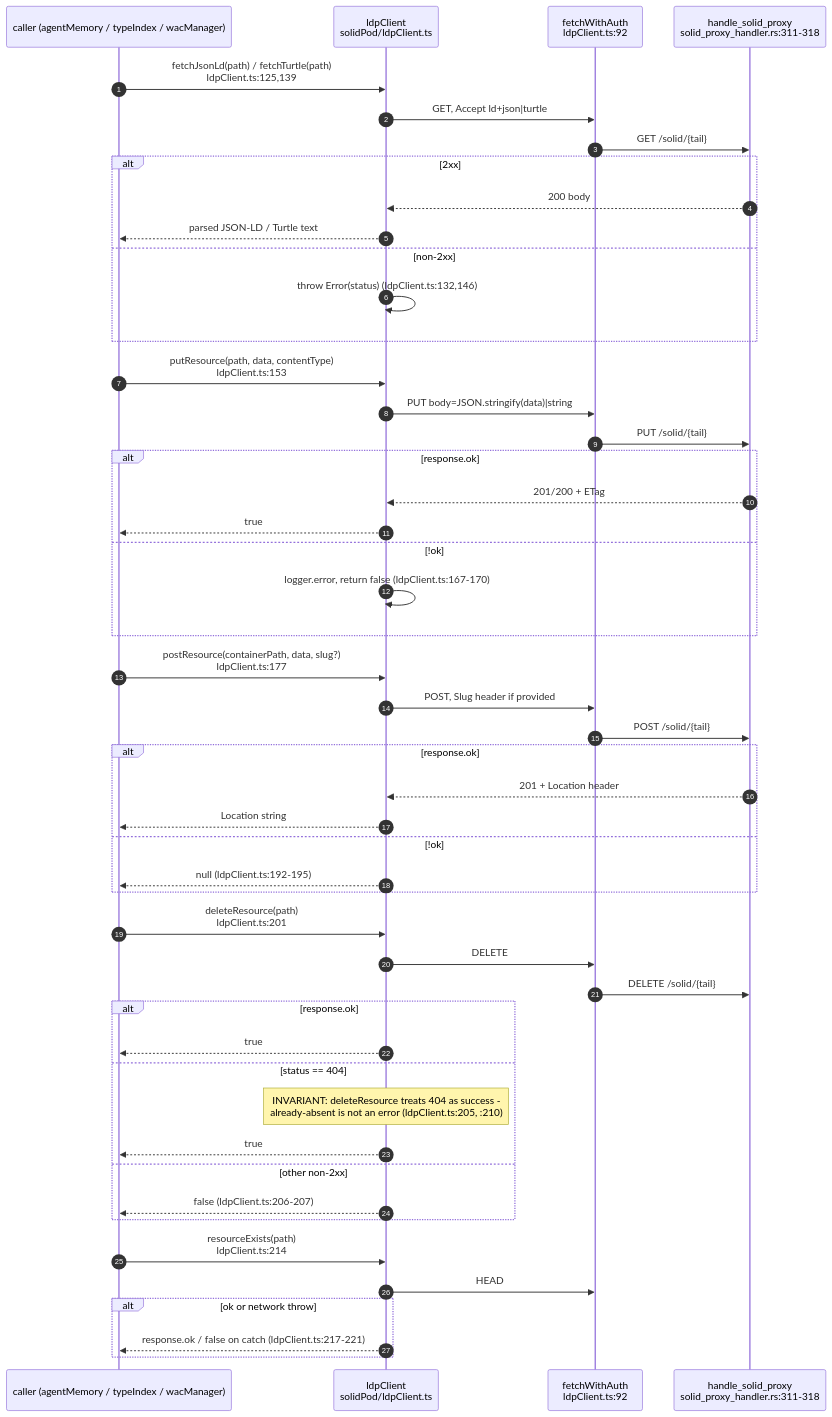
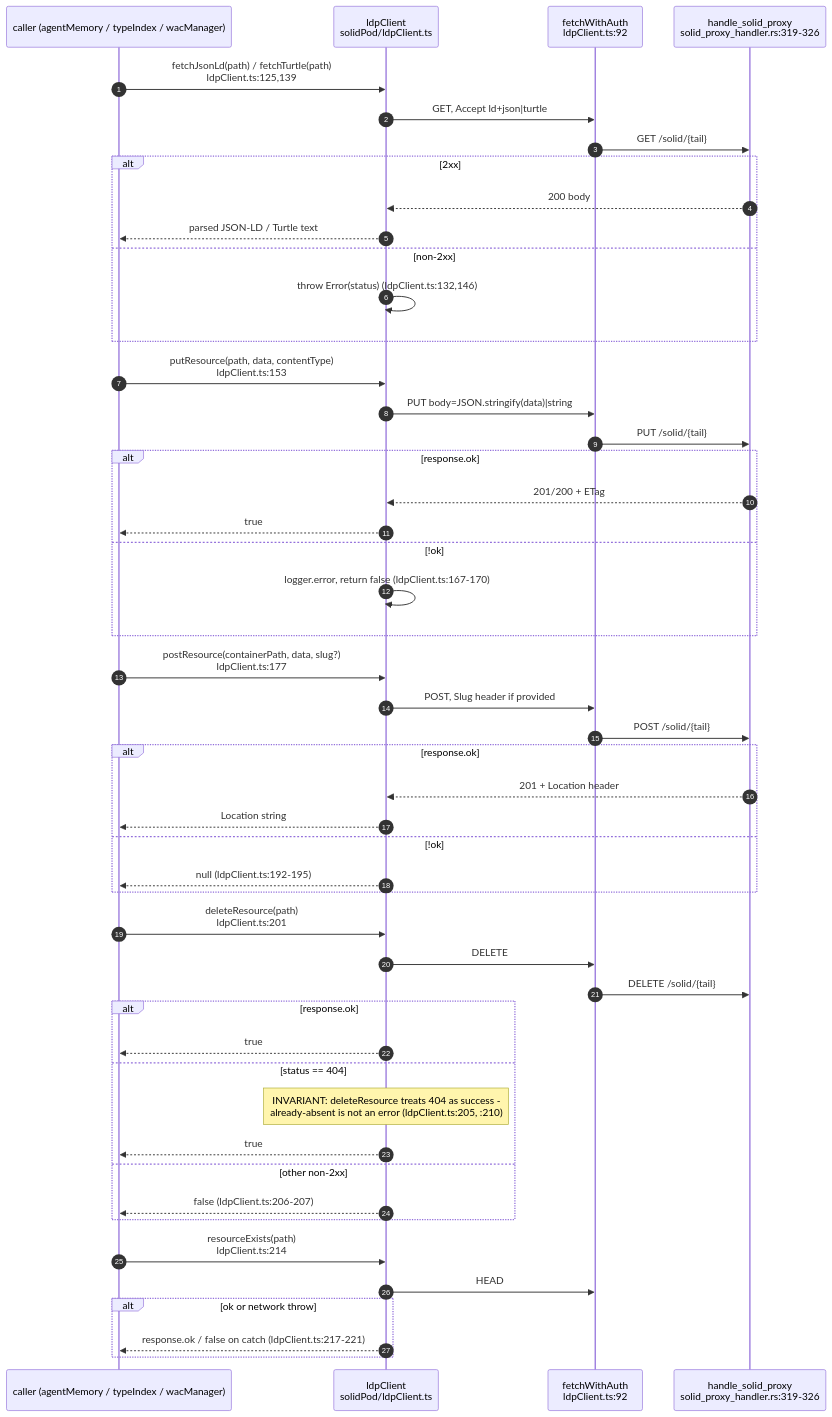
Before and after one commit to DreamLab-AI/VisionFlow: the fifth of 13 diagrams in docs/diagrams/visionclaw/26-solid-pod-and-jss.md, drawn with Mermaid. The commit also changed other lines of this file and 7 other files, not shown here.

First line of the commit message:
diagrams(visionclaw): re-verify VC-25..28 and VC-30..33 at visionclaw 4900ec60b, agentbox 59b1aca1c

````diff
--- a/docs/diagrams/visionclaw/26-solid-pod-and-jss.md
+++ b/docs/diagrams/visionclaw/26-solid-pod-and-jss.md
@@ -228,56 +233,56 @@
 ```mermaid
 sequenceDiagram
     autonumber
     participant App as caller (agentMemory / typeIndex / wacManager)
     participant L as ldpClient<br/>solidPod/ldpClient.ts
     participant F as fetchWithAuth<br/>ldpClient.ts:92
-    participant P as handle_solid_proxy<br/>solid_proxy_handler.rs:311-318
+    participant P as handle_solid_proxy<br/>solid_proxy_handler.rs:319-326
 
     App->>L: fetchJsonLd(path) / fetchTurtle(path)<br/>ldpClient.ts:125,139
     L->>F: GET, Accept ld+json|turtle
     F->>P: GET /solid/{tail}
     alt 2xx
         P-->>L: 200 body
         L-->>App: parsed JSON-LD / Turtle text
     else non-2xx
         L->>L: throw Error(status) (ldpClient.ts:132,146)
     end
 
     App->>L: putResource(path, data, contentType)<br/>ldpClient.ts:153
     L->>F: PUT body=JSON.stringify(data)|string
     F->>P: PUT /solid/{tail}
     alt response.ok
         P-->>L: 201/200 + ETag
         L-->>App: true
     else !ok
         L->>L: logger.error, return false (ldpClient.ts:167-170)
     end
 
     App->>L: postResource(containerPath, data, slug?)<br/>ldpClient.ts:177
     L->>F: POST, Slug header if provided
     F->>P: POST /solid/{tail}
     alt response.ok
         P-->>L: 201 + Location header
         L-->>App: Location string
     else !ok
         L-->>App: null (ldpClient.ts:192-195)
     end
 
     App->>L: deleteResource(path)<br/>ldpClient.ts:201
     L->>F: DELETE
     F->>P: DELETE /solid/{tail}
     alt response.ok
         L-->>App: true
     else status == 404
         Note over L: INVARIANT: deleteResource treats 404 as success -<br/>already-absent is not an error (ldpClient.ts:205, :210)
         L-->>App: true
     else other non-2xx
         L-->>App: false (ldpClient.ts:206-207)
     end
 
     App->>L: resourceExists(path)<br/>ldpClient.ts:214
     L->>F: HEAD
     alt ok or network throw
         L-->>App: response.ok / false on catch (ldpClient.ts:217-221)
     end
 ```
````
